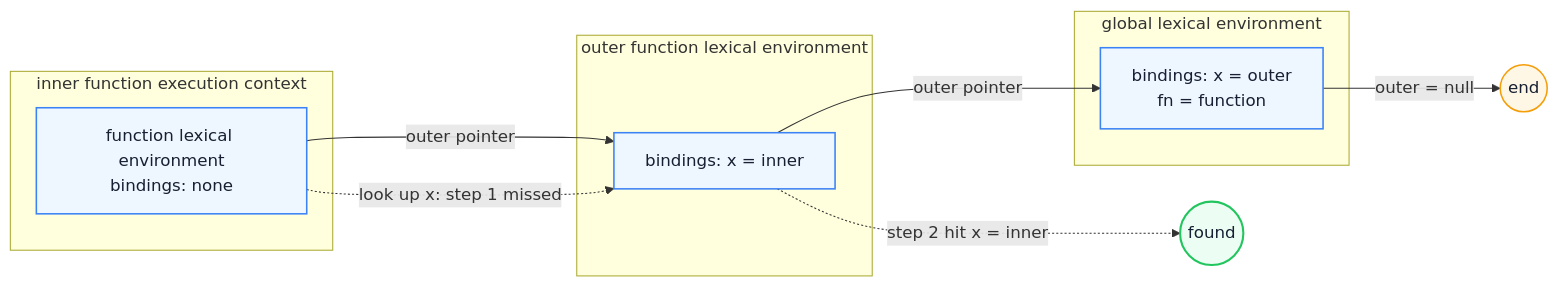
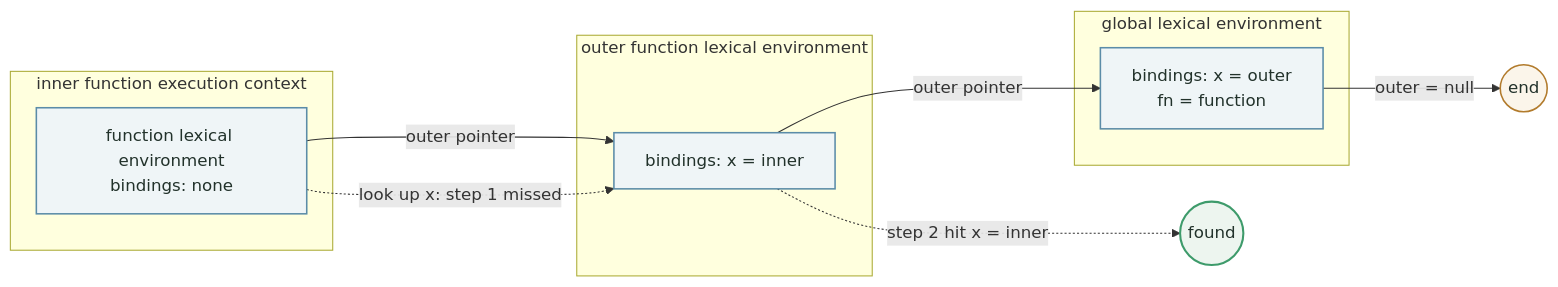
One commit to Fatejian/frontier-vault changed the second of 3 diagrams in docs/en/javascript/execution-context-closure.md. Above: the diagram before and after it, drawn with Mermaid. The commit also changed other lines of this file and 63 other files, not shown here.

````diff
--- a/docs/en/javascript/execution-context-closure.md
+++ b/docs/en/javascript/execution-context-closure.md
@@ -210,26 +210,26 @@
 ```mermaid
 flowchart LR
     subgraph Inner["inner function execution context"]
         IE["function lexical environment<br/>bindings: none"]
     end
     subgraph Outer["outer function lexical environment"]
         OE["bindings: x = inner"]
     end
     subgraph Global["global lexical environment"]
         GE["bindings: x = outer<br/>fn = function"]
     end
 
     IE -- "outer pointer" --> OE
     OE -- "outer pointer" --> GE
     GE -- "outer = null" --> Null((end))
 
     IE -. "look up x: step 1 missed" .-> OE
     OE -. "step 2 hit x = inner" .-> Hit((found))
 
-    classDef wait fill:#EEF6FF,stroke:#3B82F6,color:#172033,stroke-width:1.5px;
-    classDef work fill:#ECFDF3,stroke:#22C55E,color:#172033,stroke-width:2px;
-    classDef block fill:#FFF7E6,stroke:#F59E0B,color:#172033,stroke-width:1.5px;
+    classDef wait fill:#EFF5F7,stroke:#5B8CA8,color:#22322B,stroke-width:1.5px;
+    classDef work fill:#EDF5EF,stroke:#3E9B6B,color:#22322B,stroke-width:2px;
+    classDef block fill:#FBF5EA,stroke:#B27B2C,color:#22322B,stroke-width:1.5px;
     class IE,OE,GE wait;
     class Hit work;
     class Null block;
 ```
````
